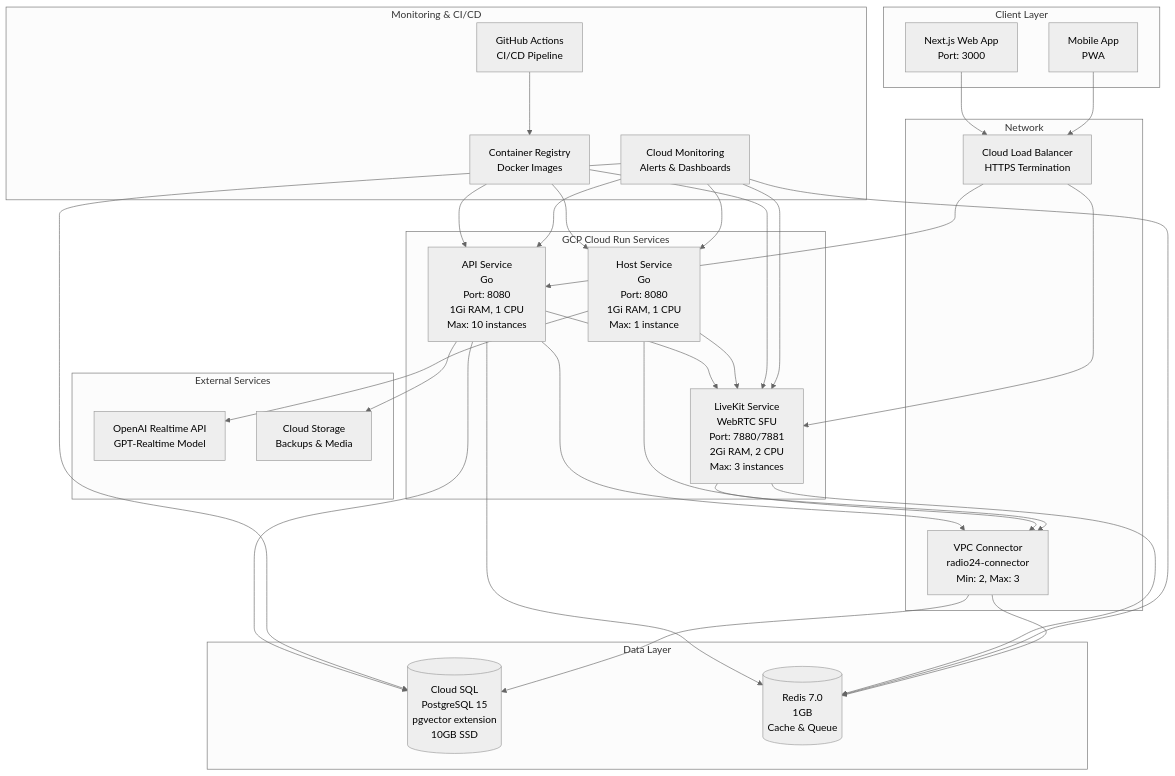
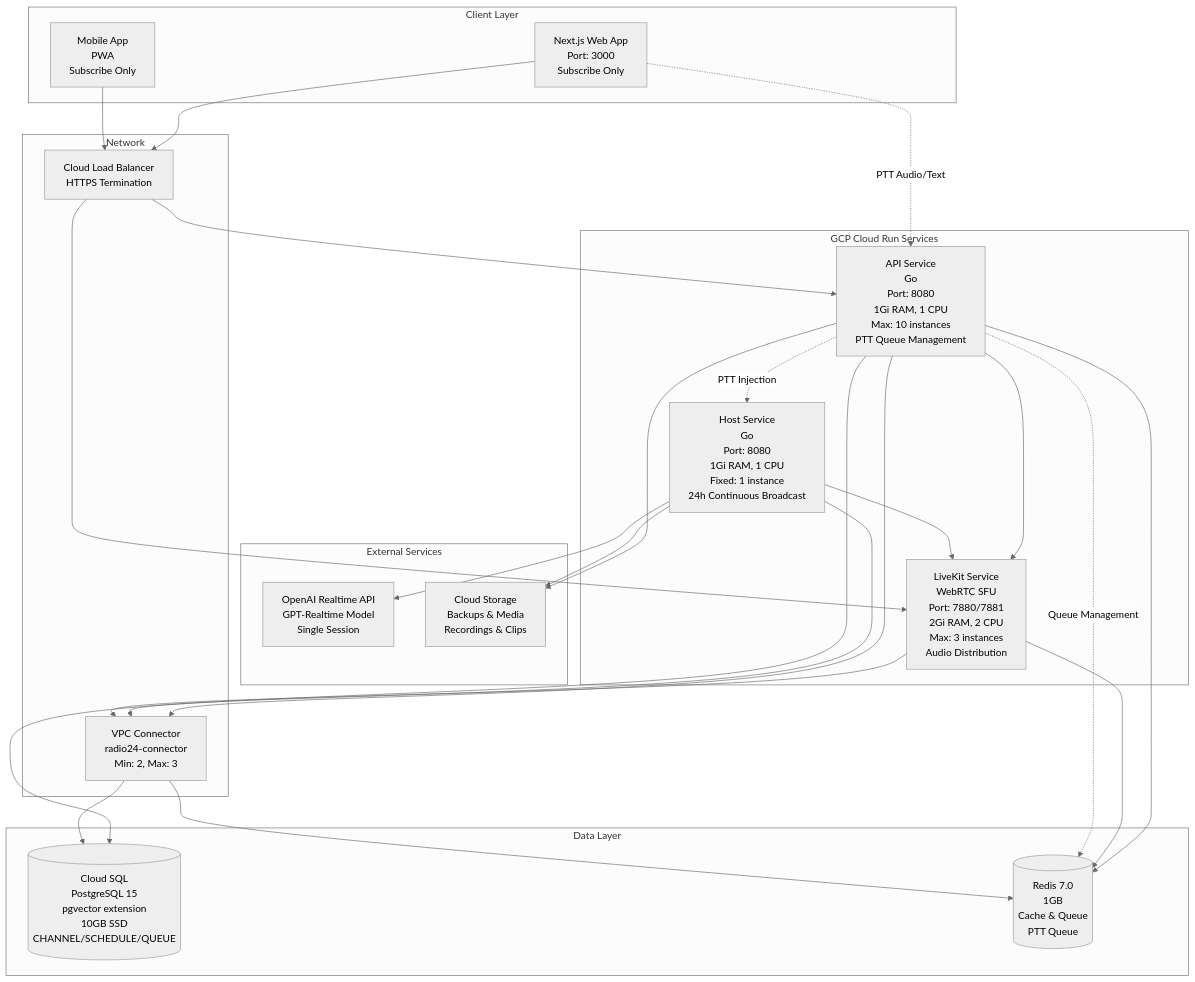
The first of 6 diagrams in docs/architecture-diagram.md (IzmYuta/Hacz_Ichthyo), drawn with Mermaid (neutral theme) before and after one commit. The commit also changed other lines of this file and 4 other files, not shown here.

````diff
--- a/docs/architecture-diagram.md
+++ b/docs/architecture-diagram.md
@@ -5,71 +5,58 @@
 ```mermaid
 graph TB
     subgraph "Client Layer"
-        WEB[Next.js Web App<br/>Port: 3000]
-        MOBILE[Mobile App<br/>PWA]
+        WEB[Next.js Web App<br/>Port: 3000<br/>Subscribe Only]
+        MOBILE[Mobile App<br/>PWA<br/>Subscribe Only]
     end
     
     subgraph "GCP Cloud Run Services"
-        API[API Service<br/>Go<br/>Port: 8080<br/>1Gi RAM, 1 CPU<br/>Max: 10 instances]
-        HOST[Host Service<br/>Go<br/>Port: 8080<br/>1Gi RAM, 1 CPU<br/>Max: 1 instance]
-        LIVEKIT[LiveKit Service<br/>WebRTC SFU<br/>Port: 7880/7881<br/>2Gi RAM, 2 CPU<br/>Max: 3 instances]
+        API[API Service<br/>Go<br/>Port: 8080<br/>1Gi RAM, 1 CPU<br/>Max: 10 instances<br/>PTT Queue Management]
+        HOST[Host Service<br/>Go<br/>Port: 8080<br/>1Gi RAM, 1 CPU<br/>Fixed: 1 instance<br/>24h Continuous Broadcast]
+        LIVEKIT[LiveKit Service<br/>WebRTC SFU<br/>Port: 7880/7881<br/>2Gi RAM, 2 CPU<br/>Max: 3 instances<br/>Audio Distribution]
     end
     
     subgraph "Data Layer"
-        DB[(Cloud SQL<br/>PostgreSQL 15<br/>pgvector extension<br/>10GB SSD)]
-        REDIS[(Redis 7.0<br/>1GB<br/>Cache & Queue)]
+        DB[(Cloud SQL<br/>PostgreSQL 15<br/>pgvector extension<br/>10GB SSD<br/>CHANNEL/SCHEDULE/QUEUE)]
+        REDIS[(Redis 7.0<br/>1GB<br/>Cache & Queue<br/>PTT Queue)]
     end
     
     subgraph "External Services"
-        OPENAI[OpenAI Realtime API<br/>GPT-Realtime Model]
-        STORAGE[Cloud Storage<br/>Backups & Media]
-    end
-    
-    subgraph "Monitoring & CI/CD"
-        MONITORING[Cloud Monitoring<br/>Alerts & Dashboards]
-        GITHUB[GitHub Actions<br/>CI/CD Pipeline]
-        REGISTRY[Container Registry<br/>Docker Images]
+        OPENAI[OpenAI Realtime API<br/>GPT-Realtime Model<br/>Single Session]
+        STORAGE[Cloud Storage<br/>Backups & Media<br/>Recordings & Clips]
     end
     
     subgraph "Network"
         VPC[VPC Connector<br/>radio24-connector<br/>Min: 2, Max: 3]
         LB[Cloud Load Balancer<br/>HTTPS Termination]
     end
     
-    %% Client connections
+    %% Client connections (Subscribe Only)
     WEB --> LB
     MOBILE --> LB
+    LB --> LIVEKIT
     LB --> API
-    LB --> LIVEKIT
     
     %% Service connections
     API --> DB
     API --> REDIS
     API --> LIVEKIT
     HOST --> LIVEKIT
     HOST --> OPENAI
     LIVEKIT --> REDIS
     
-    %% CI/CD connections
-    GITHUB --> REGISTRY
-    REGISTRY --> API
-    REGISTRY --> HOST
-    REGISTRY --> LIVEKIT
+    %% PTT Flow
+    WEB -.->|PTT Audio/Text| API
+    API -.->|Queue Management| REDIS
+    API -.->|PTT Injection| HOST
     
     %% Data connections
     API --> STORAGE
-    
-    %% Monitoring connections
-    MONITORING --> API
-    MONITORING --> HOST
-    MONITORING --> LIVEKIT
-    MONITORING --> DB
-    MONITORING --> REDIS
+    HOST --> STORAGE
     
     %% Network connections
     API --> VPC
     HOST --> VPC
     LIVEKIT --> VPC
     VPC --> DB
     VPC --> REDIS
 ```
````
